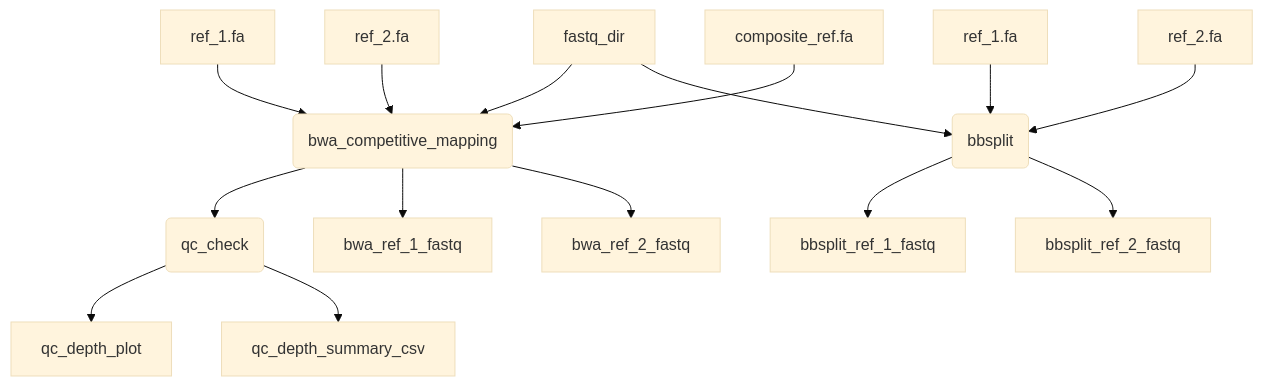
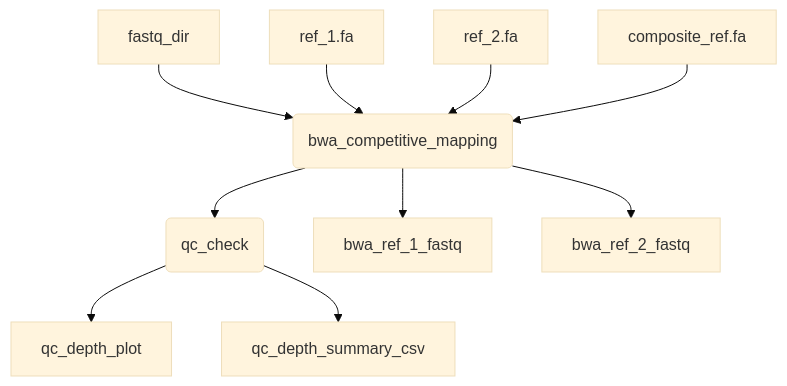
The first of 2 diagrams in README.md (BCCDC-PHL/determinator), drawn with Mermaid (base theme) before and after one commit. The commit also changed other lines of this file, not shown here.

````diff
--- a/README.md
+++ b/README.md
@@ -3,29 +5,19 @@
 ```mermaid
-flowchart TD
+
+graph TD
   ref1_bwa[ref_1.fa]
   ref2_bwa[ref_2.fa]
   composite_ref[composite_ref.fa]
 
   fastq[fastq_dir]
   fastq --> bwa_competitive_mapping(bwa_competitive_mapping)
   ref1_bwa --> bwa_competitive_mapping
   ref2_bwa --> bwa_competitive_mapping
   composite_ref --> bwa_competitive_mapping
   bwa_competitive_mapping --> qc_check(qc_check)
   bwa_competitive_mapping --> bwa_ref_1_fastq
   bwa_competitive_mapping --> bwa_ref_2_fastq
   qc_check --> qc_depth_plot
   qc_check --> qc_depth_summary_csv
-  
-  ref1_bbsplit[ref_1.fa]
-  ref2_bbsplit[ref_2.fa]
-  fastq[fastq_dir]
-  fastq --> bbsplit(bbsplit)
-  ref1_bbsplit --> bbsplit
-  ref2_bbsplit --> bbsplit
-
-
-  bbsplit --> bbsplit_ref_1_fastq
-  bbsplit --> bbsplit_ref_2_fastq
 
 ```
````
